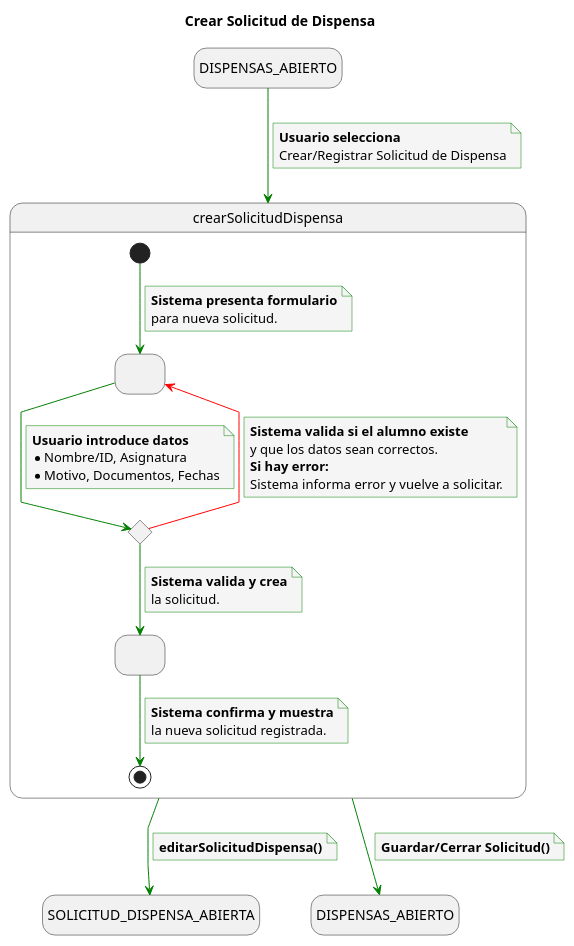
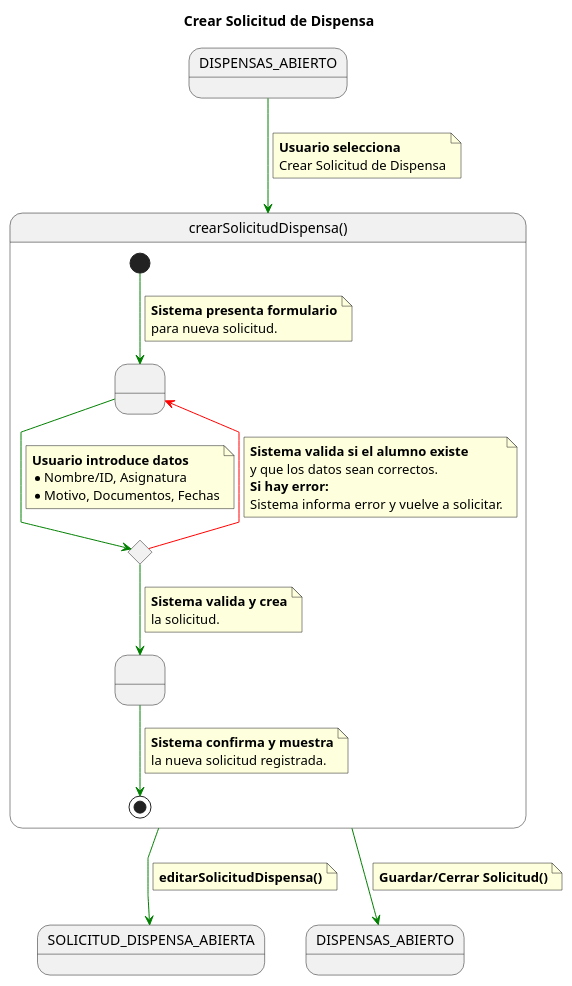
One commit to enmabry/25-26-IdSw1-SdR changed the diagram in documents/CasosDeUso/DetalladoCasosDeUso/Secretaria/crearSolicitudDispensa.puml. Above: the diagram before and after it, drawn with PlantUML. The commit also changed 21 other files, not shown here.

```diff
--- a/documents/CasosDeUso/DetalladoCasosDeUso/Secretaria/crearSolicitudDispensa.puml
+++ b/documents/CasosDeUso/DetalladoCasosDeUso/Secretaria/crearSolicitudDispensa.puml
@@ -1,76 +1,71 @@
 @startuml
 title Crear Solicitud de Dispensa 
 
-skinparam {
-    NoteBackgroundColor #whiteSmoke
-    ArrowColor #green
-    NoteBorderColor #green
-    linetype polyline
-}
-
-hide empty description
+skinparam linetype polyline
 
 state startState as "DISPENSAS_ABIERTO"
 state endState1 as "SOLICITUD_DISPENSA_ABIERTA" 
 state endState2 as "DISPENSAS_ABIERTO" 
 
-startState --> crearSolicitudDispensa
+startState -[#green]-> crearSolicitudDispensa
 note on link
     <b>Usuario selecciona</b>
-    Crear/Registrar Solicitud de Dispensa
+    Crear Solicitud de Dispensa
 end note
 
-state crearSolicitudDispensa {
+state crearSolicitudDispensa as "crearSolicitudDispensa()" {
     state SolicitudDatos as " "
     state ValidarDatos <<choice>>
+    state CreacionExitosa as " "
 
-    [*] --> SolicitudDatos
+    ' 1. Inicio: Presenta el formulario
+    [*] -[#green]-> SolicitudDatos
     note on link
         <b>Sistema presenta formulario</b>
         para nueva solicitud.
     end note
 
-    SolicitudDatos --> ValidarDatos
+    ' 2. Usuario introduce datos y se dispara la validación
+    SolicitudDatos -[#green]-> ValidarDatos
     note on link
         <b>Usuario introduce datos</b>
         * Nombre/ID, Asignatura
         * Motivo, Documentos, Fechas
     end note
 
-    ' --- FLUJO ALTERNATIVO (Error de validación) ---
+    ' --- FLUJO ALTERNATIVO (Error de validación - Rojo) ---
     ValidarDatos -[#red]-> SolicitudDatos
     note on link
         <b>Sistema valida si el alumno existe</b>
         y que los datos sean correctos.
         <b>Si hay error:</b>
         Sistema informa error y vuelve a solicitar.
     end note
 
-    ' --- FLUJO BÁSICO (Éxito) ---
-    ValidarDatos --> CreacionExitosa
+    ' --- FLUJO BÁSICO (Éxito - Verde) ---
+    ValidarDatos -[#green]-> CreacionExitosa
     
-    state CreacionExitosa as " "
     note on link
         <b>Sistema valida y crea</b>
         la solicitud.
     end note
     
-    CreacionExitosa --> [*]
+    CreacionExitosa -[#green]-> [*]
     note on link
         <b>Sistema confirma y muestra</b>
         la nueva solicitud registrada.
     end note
 }
 
-
-crearSolicitudDispensa --> endState1
+' Transiciones de Salida del Caso de Uso
+crearSolicitudDispensa -[#green]-> endState1
 note on link
     <b>editarSolicitudDispensa()</b>
 end note
 
-crearSolicitudDispensa --> endState2
+crearSolicitudDispensa -[#green]-> endState2
 note on link
     <b>Guardar/Cerrar Solicitud()</b>
 end note
 
 @enduml
```
